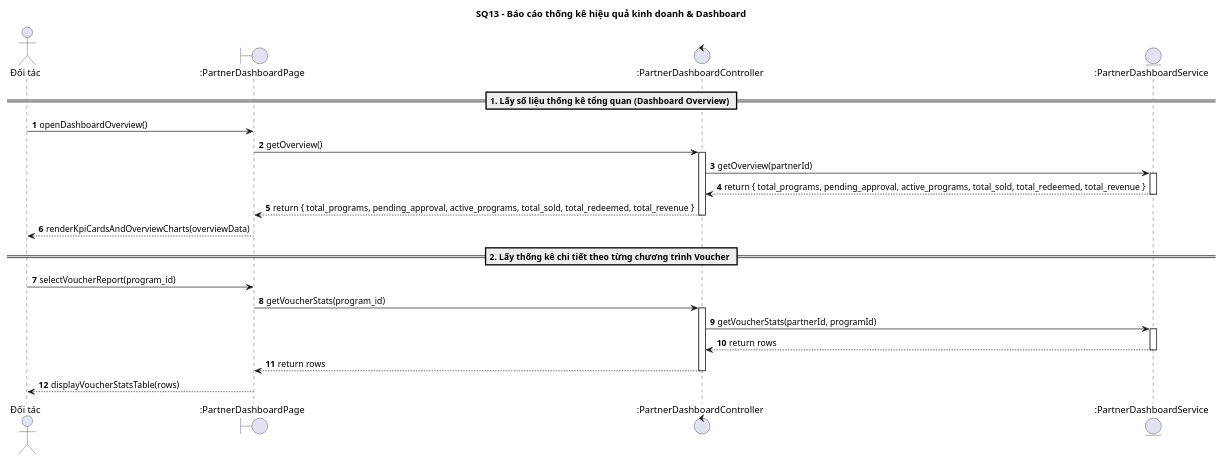
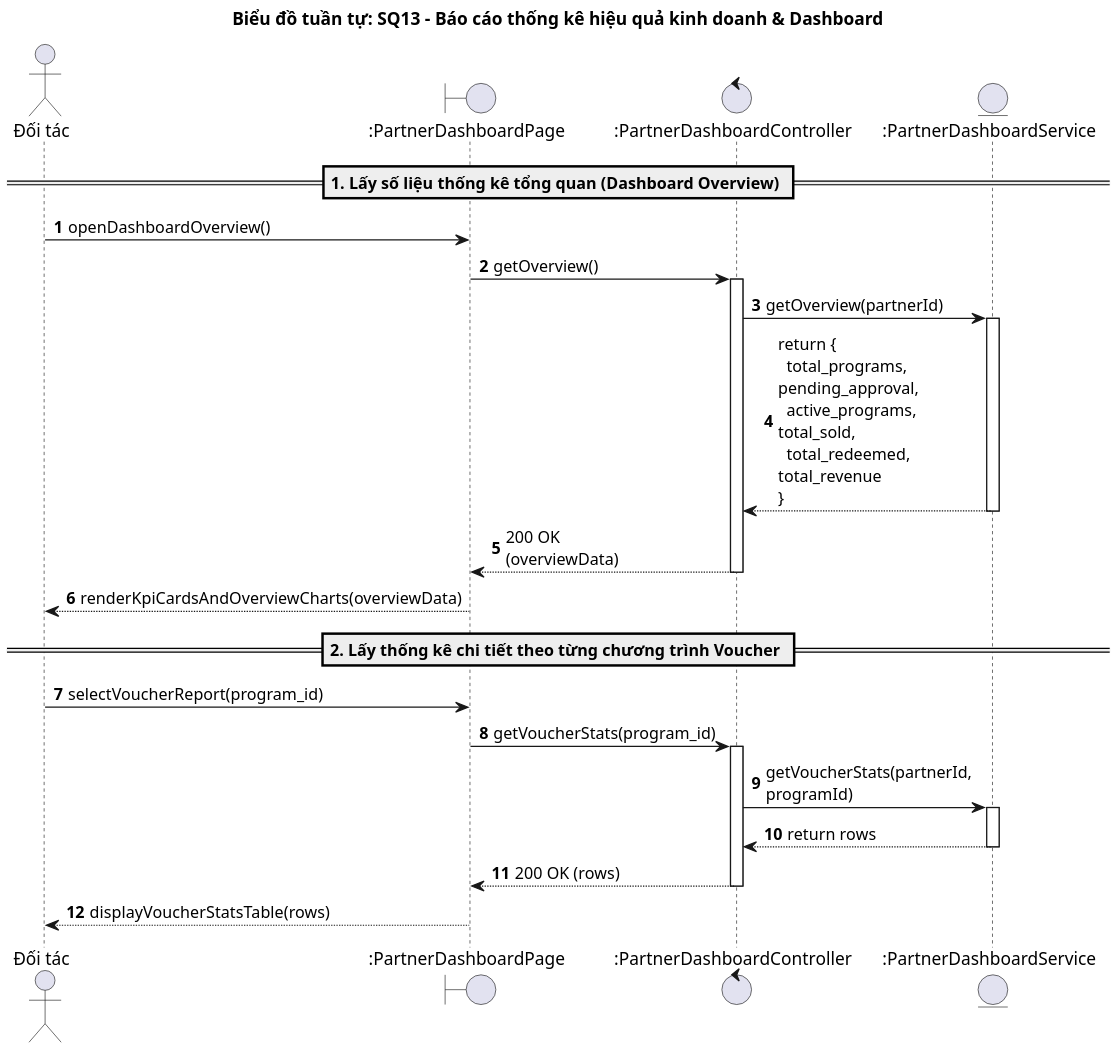
One commit to Ngo-The-Dat/e-voucher-system changed the diagram in doc/sequence/doi_tac/SQ13_bao_cao_thong_ke_dashboard.wsd. Above: the diagram before and after it, drawn with PlantUML. The commit also changed 82 other files, not shown here.

```diff
--- a/doc/sequence/doi_tac/SQ13_bao_cao_thong_ke_dashboard.wsd
+++ b/doc/sequence/doi_tac/SQ13_bao_cao_thong_ke_dashboard.wsd
@@ -1,37 +1,39 @@
 @startuml
-title SQ13 - Báo cáo thống kê hiệu quả kinh doanh & Dashboard
+title Biểu đồ tuần tự: SQ13 - Báo cáo thống kê hiệu quả kinh doanh & Dashboard
 
 autonumber
+skinparam dpi 180
+skinparam maxMessageSize 120
 skinparam BoxPadding 10
 skinparam ParticipantPadding 10
 
 actor "Đối tác" as DT
 boundary ":PartnerDashboardPage" as UI
 control ":PartnerDashboardController" as Ctrl
 entity ":PartnerDashboardService" as Svc
 
 == 1. Lấy số liệu thống kê tổng quan (Dashboard Overview) ==
 DT -> UI: openDashboardOverview()
 UI -> Ctrl: getOverview()
 activate Ctrl
 Ctrl -> Svc: getOverview(partnerId)
 activate Svc
-Svc --> Ctrl: return { total_programs, pending_approval, active_programs, total_sold, total_redeemed, total_revenue }
+Svc --> Ctrl: return {\n  total_programs, pending_approval,\n  active_programs, total_sold,\n  total_redeemed, total_revenue\n}
 deactivate Svc
-Ctrl --> UI: return { total_programs, pending_approval, active_programs, total_sold, total_redeemed, total_revenue }
+Ctrl --> UI: 200 OK (overviewData)
 deactivate Ctrl
 UI --> DT: renderKpiCardsAndOverviewCharts(overviewData)
 
 == 2. Lấy thống kê chi tiết theo từng chương trình Voucher ==
 DT -> UI: selectVoucherReport(program_id)
 UI -> Ctrl: getVoucherStats(program_id)
 activate Ctrl
 Ctrl -> Svc: getVoucherStats(partnerId, programId)
 activate Svc
 Svc --> Ctrl: return rows
 deactivate Svc
-Ctrl --> UI: return rows
+Ctrl --> UI: 200 OK (rows)
 deactivate Ctrl
 UI --> DT: displayVoucherStatsTable(rows)
 
 @enduml
```
